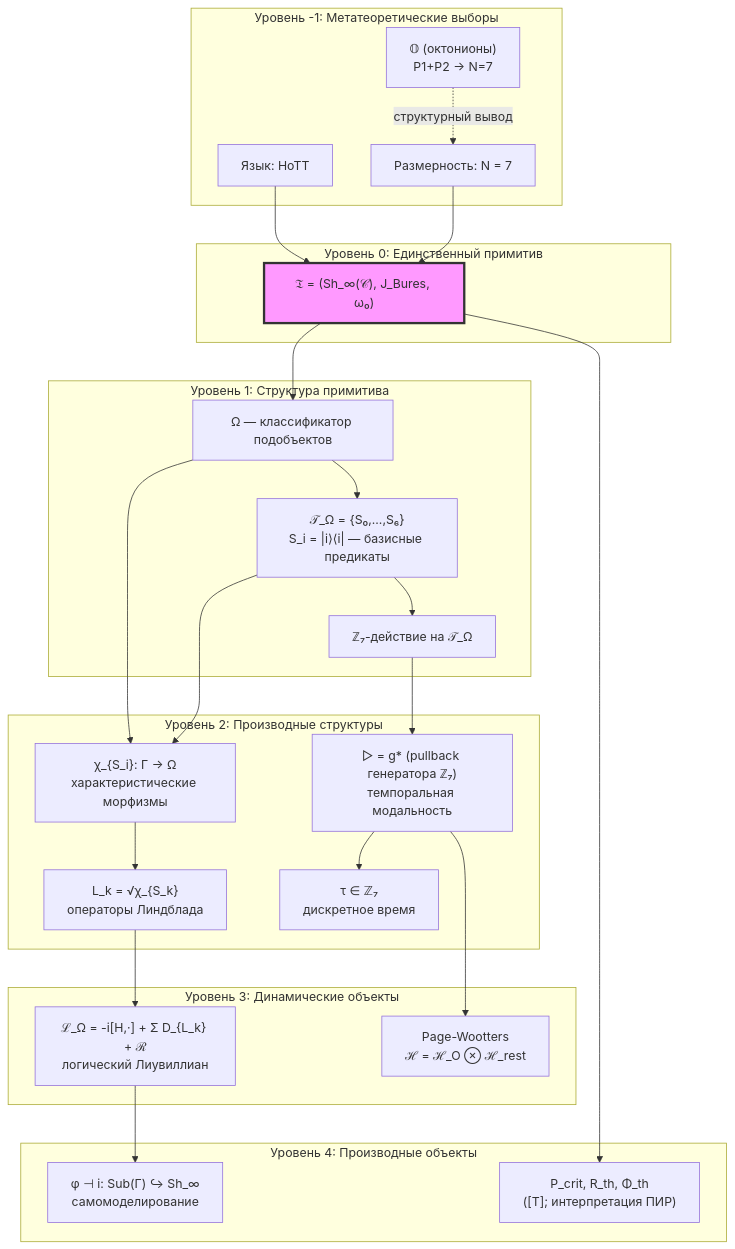
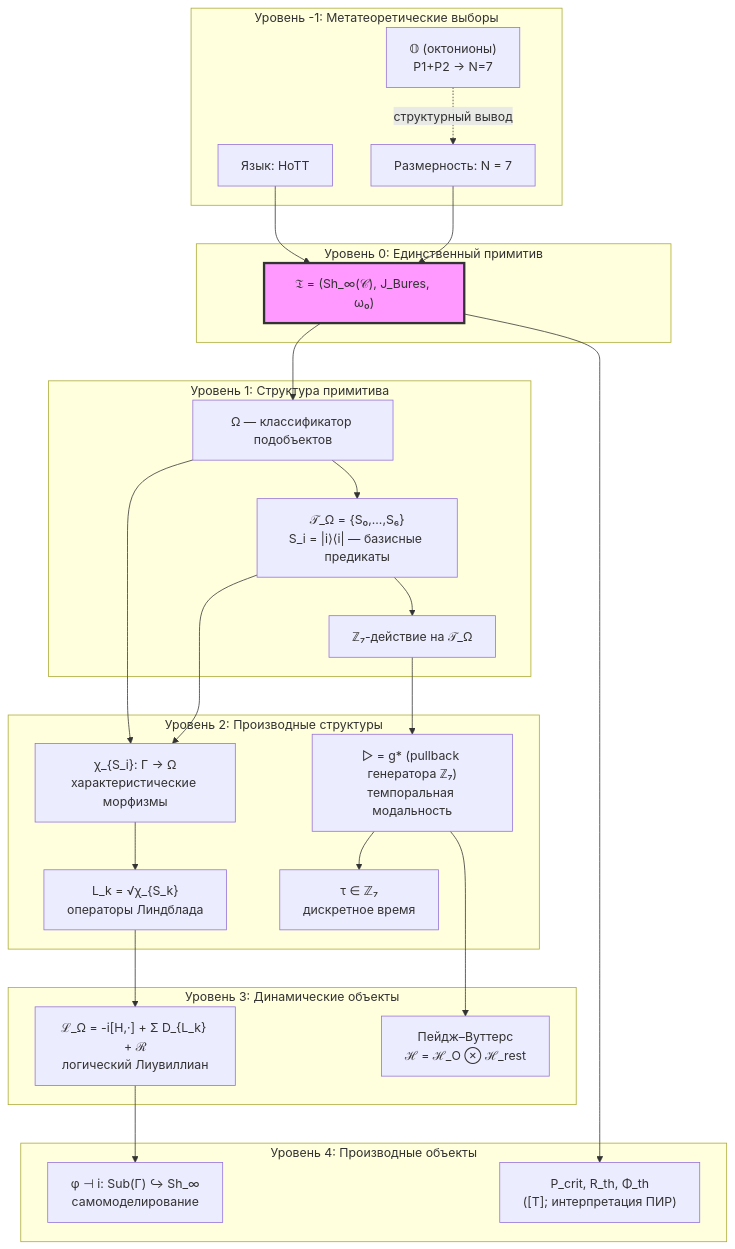
One commit to uhm-theory/holon changed the first of 2 diagrams in website/docs/core/foundations/axiom-omega.md. Above: the diagram before and after it, drawn with Mermaid. The commit also changed other lines of this file and 117 other files, not shown here.

````diff
--- a/website/docs/core/foundations/axiom-omega.md
+++ b/website/docs/core/foundations/axiom-omega.md
@@ -713,53 +713,53 @@
 ```mermaid
 graph TD
     subgraph "Уровень -1: Метатеоретические выборы"
         Lang["Язык: HoTT"]
         Dim["Размерность: N = 7"]
         Oct["𝕆 (октонионы)<br/>P1+P2 → N=7"]
     end
 
     subgraph "Уровень 0: Единственный примитив"
         Primitive["𝔗 = (Sh_∞(𝒞), J_Bures, ω₀)"]
     end
 
     subgraph "Уровень 1: Структура примитива"
         Omega["Ω — классификатор подобъектов"]
         Atoms["𝒯_Ω = {S₀,...,S₆}<br/>S_i = |i⟩⟨i| — базисные предикаты"]
         Z7["ℤ₇-действие на 𝒯_Ω"]
     end
 
     subgraph "Уровень 2: Производные структуры"
         Chi["χ_{S_i}: Γ → Ω<br/>характеристические морфизмы"]
         Lk["L_k = √χ_{S_k}<br/>операторы Линдблада"]
         Modal["▷ = g* (pullback генератора ℤ₇)<br/>темпоральная модальность"]
         Tau["τ ∈ ℤ₇<br/>дискретное время"]
     end
 
     subgraph "Уровень 3: Динамические объекты"
         LOmega["ℒ_Ω = -i[H,·] + Σ D_{L_k} + ℛ<br/>логический Лиувиллиан"]
-        PW["Page-Wootters<br/>ℋ = ℋ_O ⊗ ℋ_rest"]
+        PW["Пейдж–Вуттерс<br/>ℋ = ℋ_O ⊗ ℋ_rest"]
     end
 
     subgraph "Уровень 4: Производные объекты"
         Phi["φ ⊣ i: Sub(Γ) ↪ Sh_∞<br/>самомоделирование"]
         Thresholds["P_crit, R_th, Φ_th<br/>([Т]; интерпретация ПИР)"]
     end
 
     Lang --> Primitive
     Dim --> Primitive
     Oct -.->|"структурный вывод"| Dim
     Primitive --> Omega
     Omega --> Atoms
     Atoms --> Z7
     Omega --> Chi
     Atoms --> Chi
     Z7 --> Modal
     Chi --> Lk
     Modal --> Tau
     Lk --> LOmega
     Modal --> PW
     LOmega --> Phi
     Primitive --> Thresholds
 
     style Primitive fill:#f9f,stroke:#333,stroke-width:3px
 ```
````
